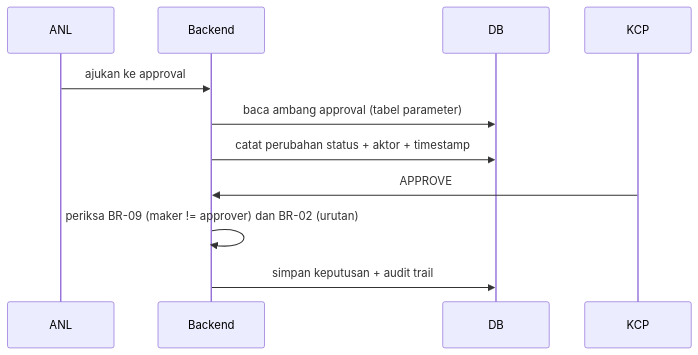
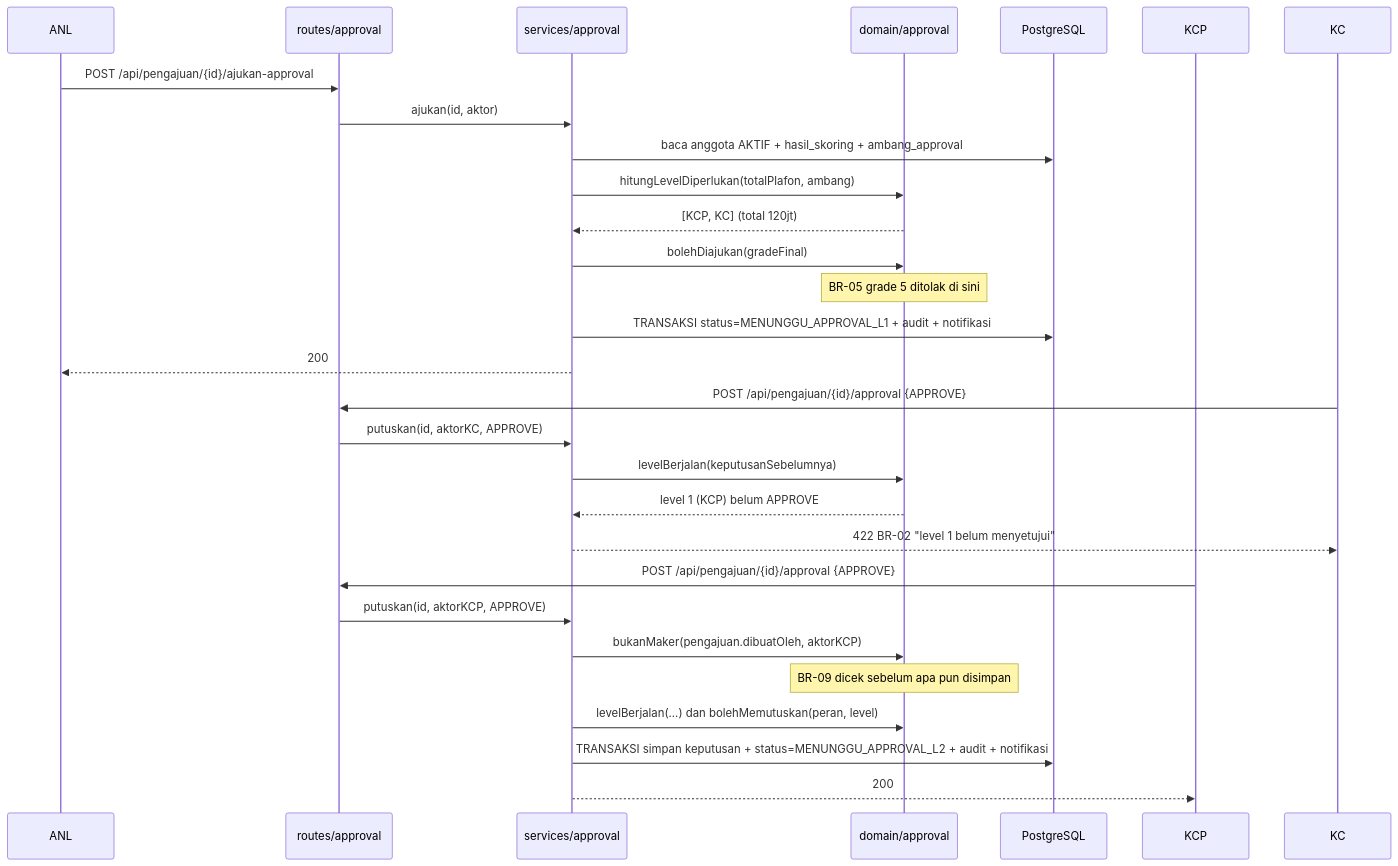
Before and after one commit to codebubub/iMitra-Tim-2: the third of 6 diagrams in docs/SDD-iMitra.md, drawn with Mermaid. The commit also changed other lines of this file and 3 other files, not shown here.

````diff
--- a/docs/SDD-iMitra.md
+++ b/docs/SDD-iMitra.md
@@ -161,13 +183,34 @@
 ```mermaid
 sequenceDiagram
   participant ANL
-  participant BE as Backend
-  participant DB
+  participant R as routes/approval
+  participant S as services/approval
+  participant D as domain/approval
+  participant DB as PostgreSQL
   participant KCP
-  ANL->>BE: ajukan ke approval
-  BE->>DB: baca ambang approval (tabel parameter)
-  BE->>DB: catat perubahan status + aktor + timestamp
-  KCP->>BE: APPROVE
-  BE->>BE: periksa BR-09 (maker != approver) dan BR-02 (urutan)
-  BE->>DB: simpan keputusan + audit trail
+  participant KC
+
+  ANL->>R: POST /api/pengajuan/{id}/ajukan-approval
+  R->>S: ajukan(id, aktor)
+  S->>DB: baca anggota AKTIF + hasil_skoring + ambang_approval
+  S->>D: hitungLevelDiperlukan(totalPlafon, ambang)
+  D-->>S: [KCP, KC] (total 120jt)
+  S->>D: bolehDiajukan(gradeFinal)
+  Note over D: BR-05 grade 5 ditolak di sini
+  S->>DB: TRANSAKSI status=MENUNGGU_APPROVAL_L1 + audit + notifikasi
+  S-->>ANL: 200
+
+  KC->>R: POST /api/pengajuan/{id}/approval {APPROVE}
+  R->>S: putuskan(id, aktorKC, APPROVE)
+  S->>D: levelBerjalan(keputusanSebelumnya)
+  D-->>S: level 1 (KCP) belum APPROVE
+  S-->>KC: 422 BR-02 "level 1 belum menyetujui"
+
+  KCP->>R: POST /api/pengajuan/{id}/approval {APPROVE}
+  R->>S: putuskan(id, aktorKCP, APPROVE)
+  S->>D: bukanMaker(pengajuan.dibuatOleh, aktorKCP)
+  Note over D: BR-09 dicek sebelum apa pun disimpan
+  S->>D: levelBerjalan(...) dan bolehMemutuskan(peran, level)
+  S->>DB: TRANSAKSI simpan keputusan + status=MENUNGGU_APPROVAL_L2 + audit + notifikasi
+  S-->>KCP: 200
 ```
````
